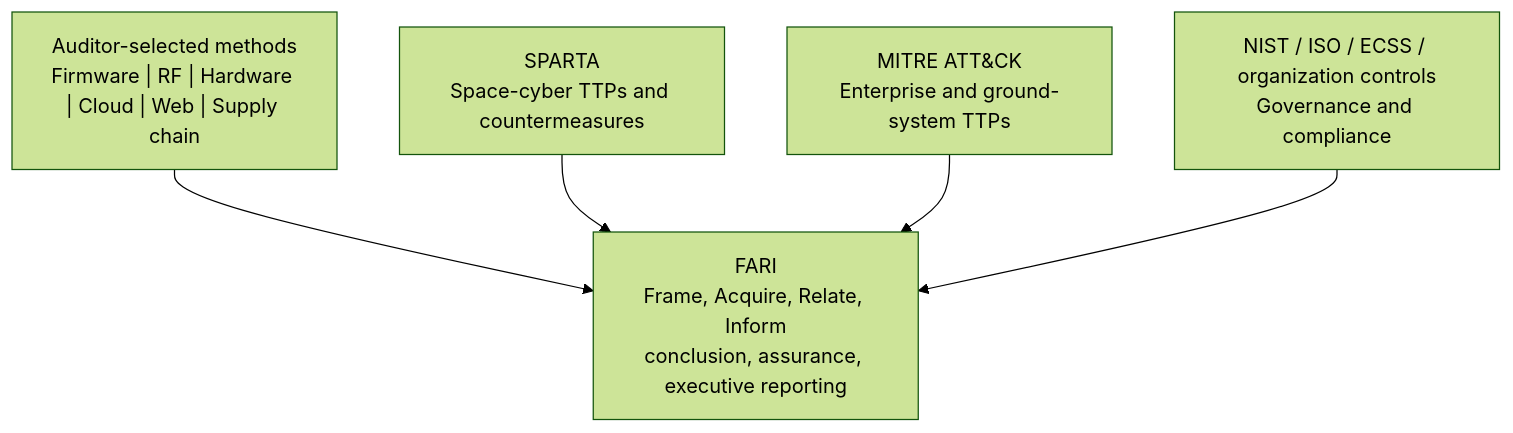
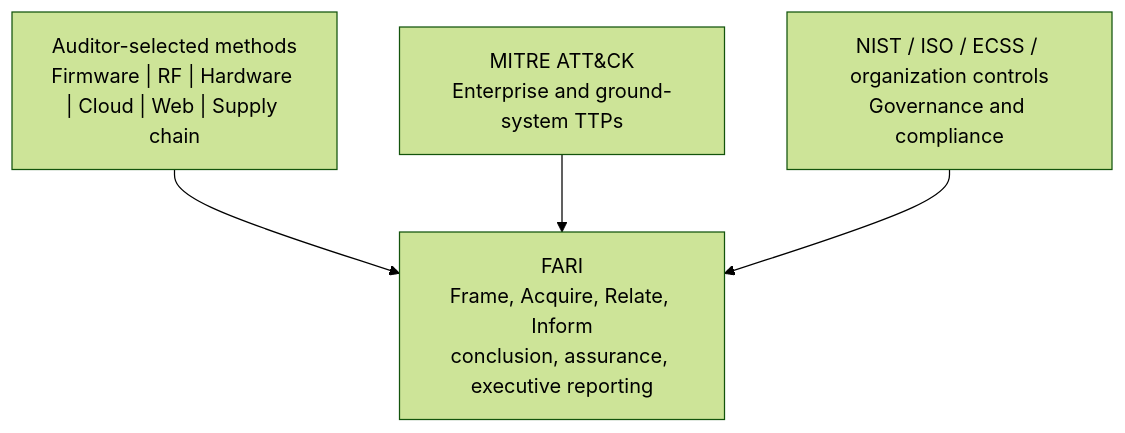
The diagram in README.md (JahazielLem/fari), drawn with Mermaid (forest theme) before and after one commit. The commit also changed other lines of this file and 112 other files, not shown here.

````diff
--- a/README.md
+++ b/README.md
@@ -134,15 +144,13 @@
 ```mermaid
 flowchart TB
     FARI["FARI<br/>Frame, Acquire, Relate, Inform<br/>conclusion, assurance, executive reporting"]
 
-    SPARTA["SPARTA<br/>Space-cyber TTPs and countermeasures"]
     ATTACK["MITRE ATT&CK<br/>Enterprise and ground-system TTPs"]
     NIST["NIST / ISO / ECSS / organization controls<br/>Governance and compliance"]
 
     METHODS["Auditor-selected methods<br/>Firmware | RF | Hardware | Cloud | Web | Supply chain"]
 
     METHODS --> FARI
-    SPARTA --> FARI
     ATTACK --> FARI
     NIST --> FARI
 ```
````
